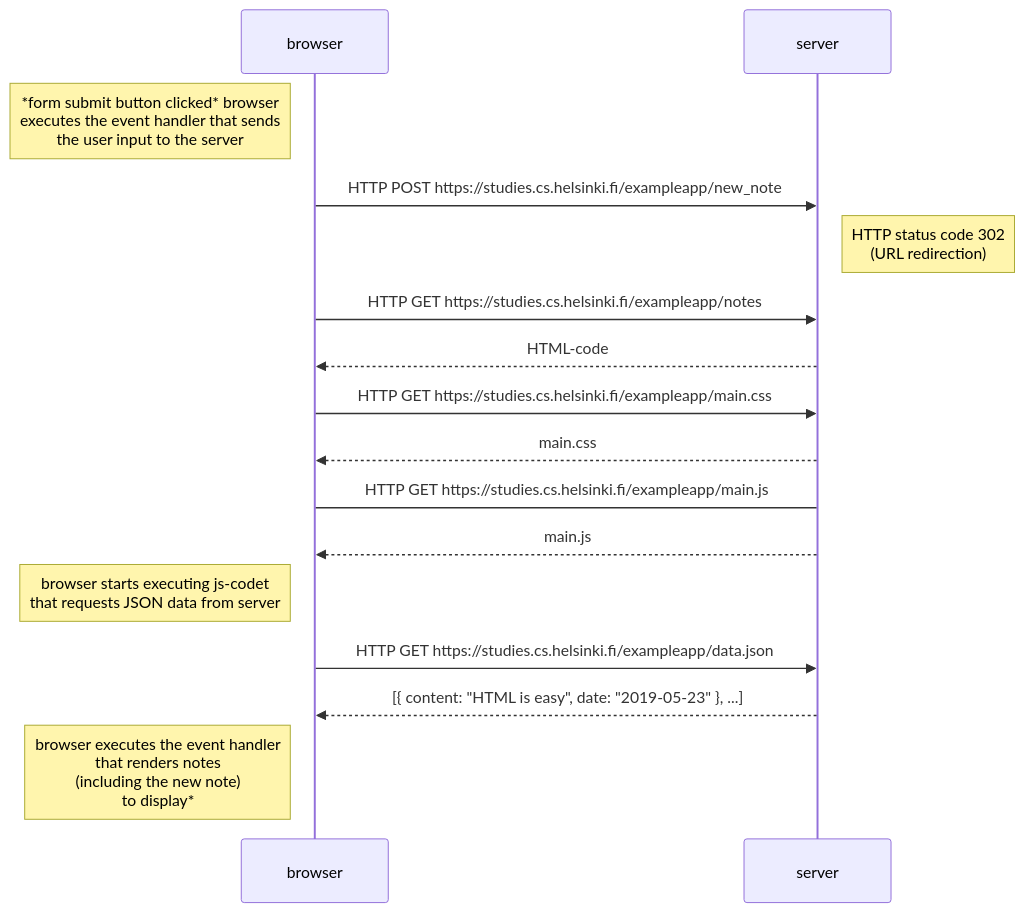
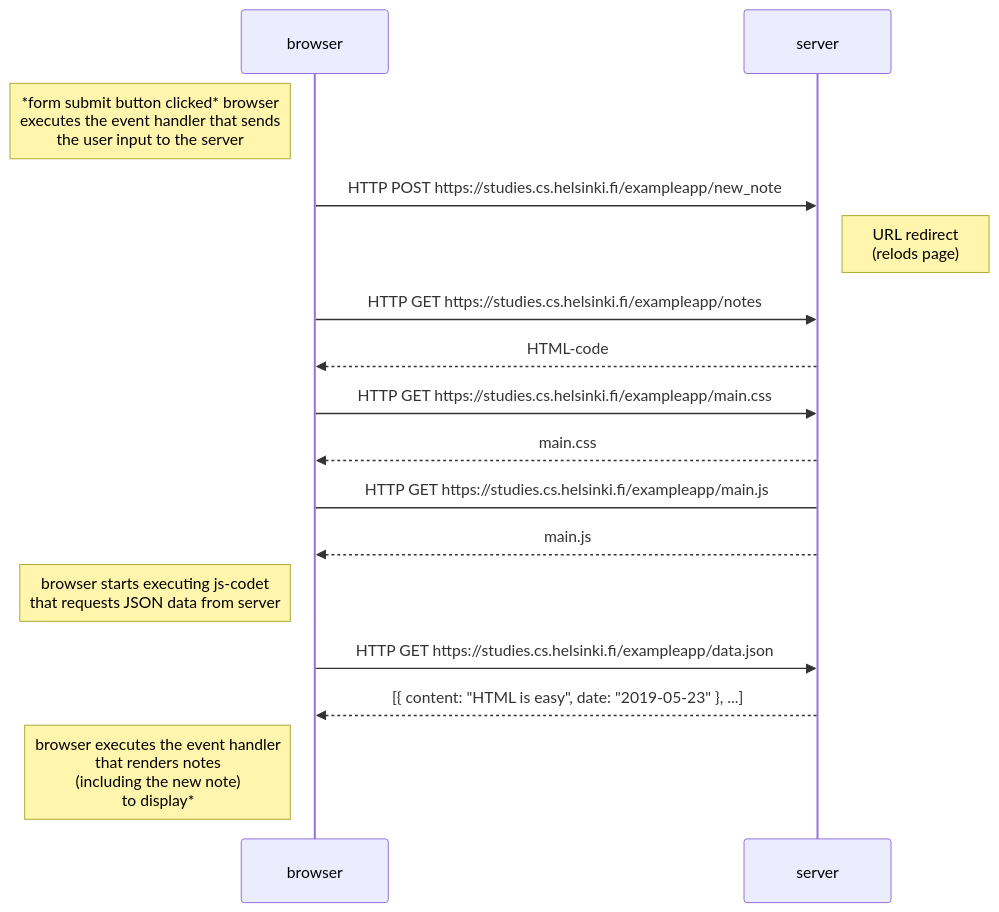
The diagram in part0/part0-4.md (ikeronx/fullstackopen2022), drawn with Mermaid before and after one commit.

````diff
--- a/part0/part0-4.md
+++ b/part0/part0-4.md
@@ -2,16 +2,16 @@
 ```mermaid
  sequenceDiagram
     Note left of browser: *form submit button  clicked* browser <br>  executes the event handler that sends <br> the user input to the server
     browser->>server:  HTTP POST https://studies.cs.helsinki.fi/exampleapp/new_note
-    Note right of server: HTTP status code 302 <br> (URL redirection)
+    Note right of server: URL redirect <br> (relods page)
     browser->>server: HTTP GET https://studies.cs.helsinki.fi/exampleapp/notes
     server-->>browser: HTML-code
     browser->>server: HTTP GET https://studies.cs.helsinki.fi/exampleapp/main.css
     server-->>browser: main.css
     browser->server: HTTP GET https://studies.cs.helsinki.fi/exampleapp/main.js
     server-->>browser: main.js
     Note left of browser: browser starts executing js-codet <br> that requests JSON data from server 
     browser->>server: HTTP GET https://studies.cs.helsinki.fi/exampleapp/data.json
     server-->>browser: [{ content: "HTML is easy", date: "2019-05-23" }, ...]
     Note left of browser: browser executes the event handler <br> that renders notes <br> (including the new note) <br>to display*
 ```
````
